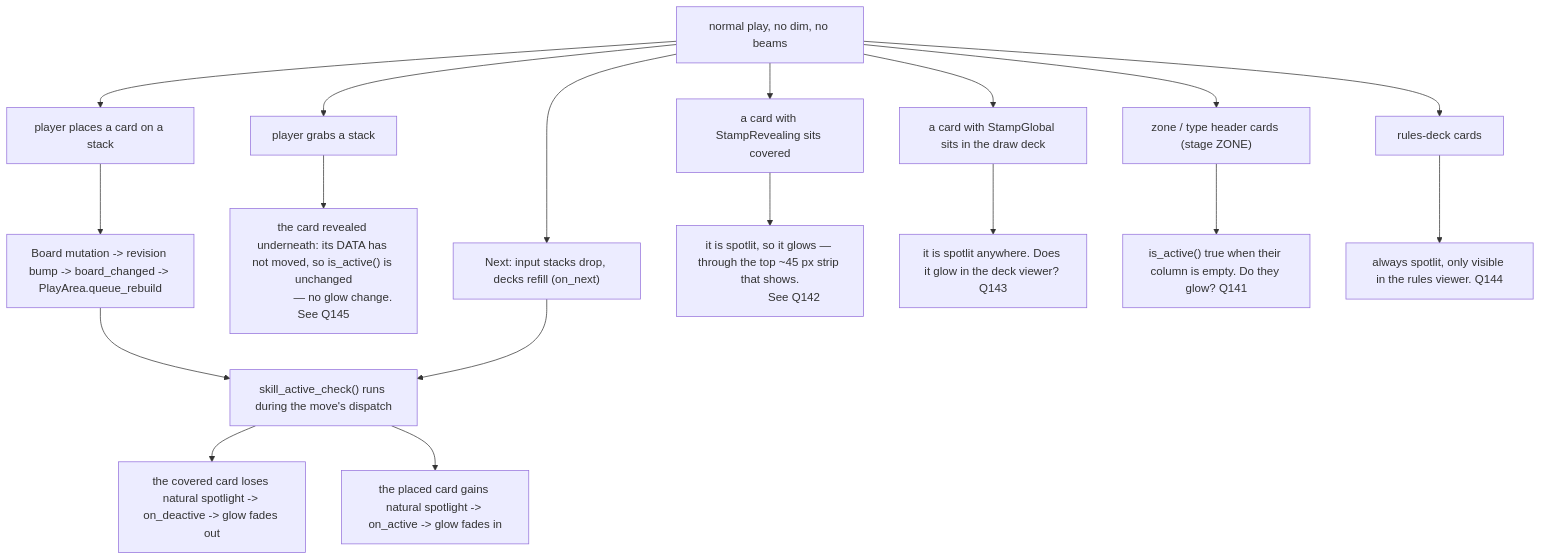
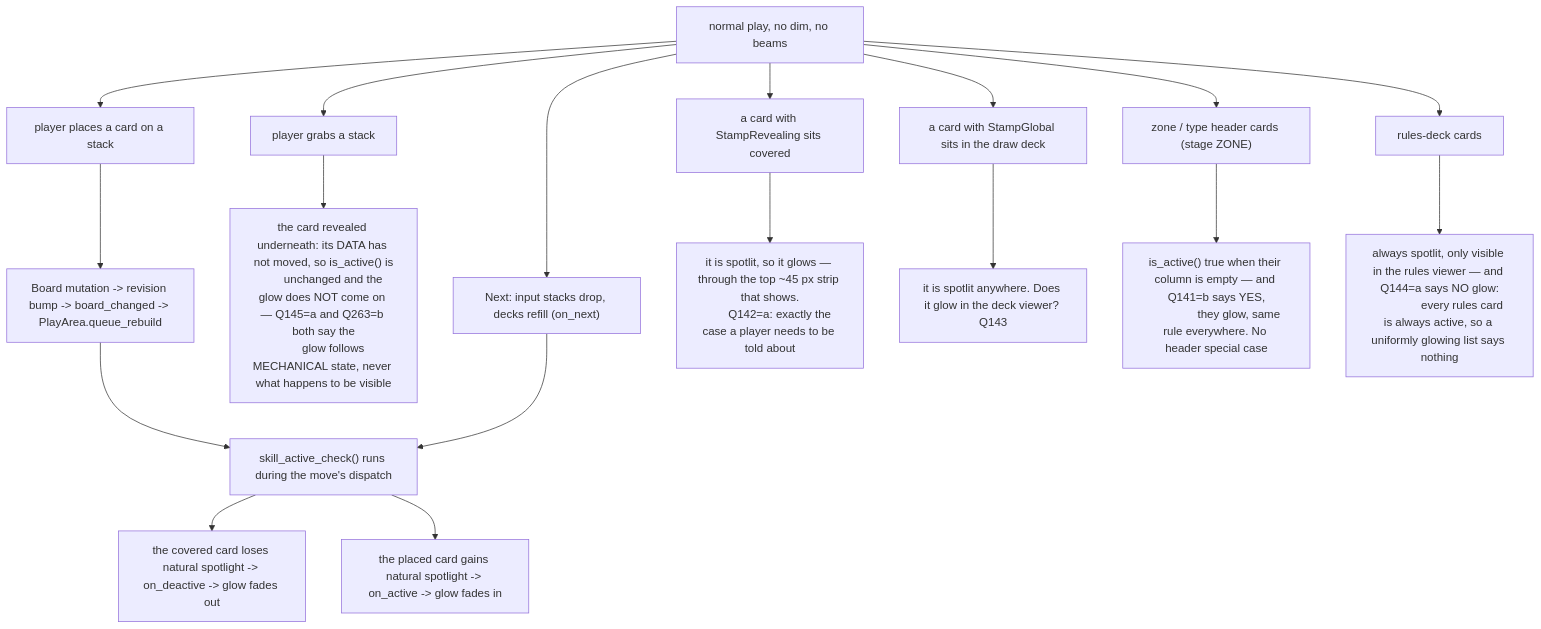
One commit to ucsdRgross/gamedev changed diagram 15 of 19 in solatro/design/spotlight/DESIGN.md. Above: the diagram before and after it, drawn with Mermaid. The commit also changed other lines of this file and 25 other files, not shown here.

````diff
--- a/solatro/design/spotlight/DESIGN.md
+++ b/solatro/design/spotlight/DESIGN.md
@@ -949,22 +1319,27 @@
 ```mermaid
 flowchart TD
   M1["normal play, no dim, no beams"] --> M2["player places a card on a stack"]
   M2 --> M3["Board mutation -> revision bump -> board_changed -> PlayArea.queue_rebuild"]
   M3 --> M4["skill_active_check() runs during the move's dispatch"]
   M4 --> M5["the covered card loses natural spotlight -> on_deactive -> glow fades out"]
   M4 --> M6["the placed card gains natural spotlight -> on_active -> glow fades in"]
   M1 --> M7["player grabs a stack"]
-  M7 --> M8["the card revealed underneath: its DATA has not moved, so is_active() is unchanged
-             — no glow change. See Q145"]
+  M8["the card revealed underneath: its DATA has not moved, so is_active() is
+       unchanged and the glow does NOT come on — Q145=a and Q263=b both say the
+       glow follows MECHANICAL state, never what happens to be visible"]
+  M7 --> M8
   M1 --> M9["Next: input stacks drop, decks refill (on_next)"]
   M9 --> M4
   M1 --> M10["a card with StampRevealing sits covered"]
-  M10 --> M11["it is spotlit, so it glows — through the top ~45 px strip that shows.
-               See Q142"]
+  M11["it is spotlit, so it glows — through the top ~45 px strip that shows.
+       Q142=a: exactly the case a player needs to be told about"]
+  M10 --> M11
   M1 --> M12["a card with StampGlobal sits in the draw deck"]
   M12 --> M13["it is spotlit anywhere. Does it glow in the deck viewer? Q143"]
   M1 --> M14["zone / type header cards (stage ZONE)"]
-  M14 --> M15["is_active() true when their column is empty. Do they glow? Q141"]
+  M14 --> M15["is_active() true when their column is empty — and Q141=b says YES,
+               they glow, same rule everywhere. No header special case"]
   M1 --> M16["rules-deck cards"]
-  M16 --> M17["always spotlit, only visible in the rules viewer. Q144"]
+  M16 --> M17["always spotlit, only visible in the rules viewer — and Q144=a says NO glow:
+               every rules card is always active, so a uniformly glowing list says nothing"]
 ```
````
